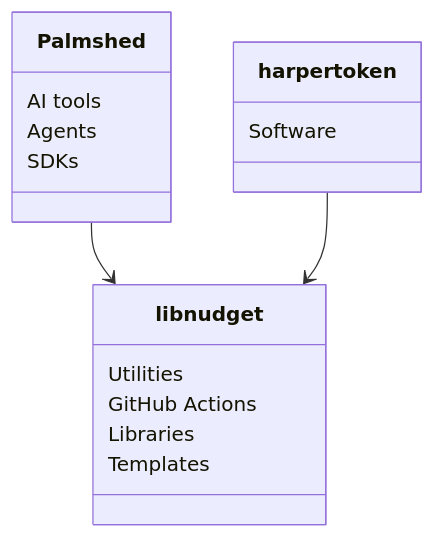
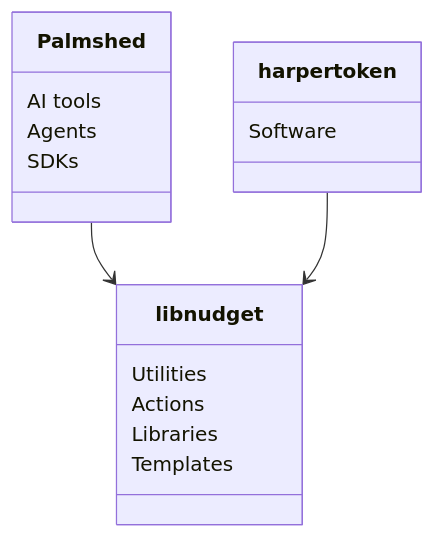
Before and after one commit to libnudget/.github: the diagram in profile/README.md, drawn with Mermaid. The commit also changed other lines of this file, not shown here.

````diff
--- a/profile/README.md
+++ b/profile/README.md
@@ -14,24 +11,24 @@
 ```mermaid
 classDiagram
     direction TB
 
     class Palmshed {
         AI tools
         Agents
         SDKs
     }
 
     class harpertoken {
         Software
     }
 
     class libnudget {
         Utilities
-        GitHub Actions
+        Actions
         Libraries
         Templates
     }
 
     Palmshed --> libnudget
     harpertoken --> libnudget
 ```
````
